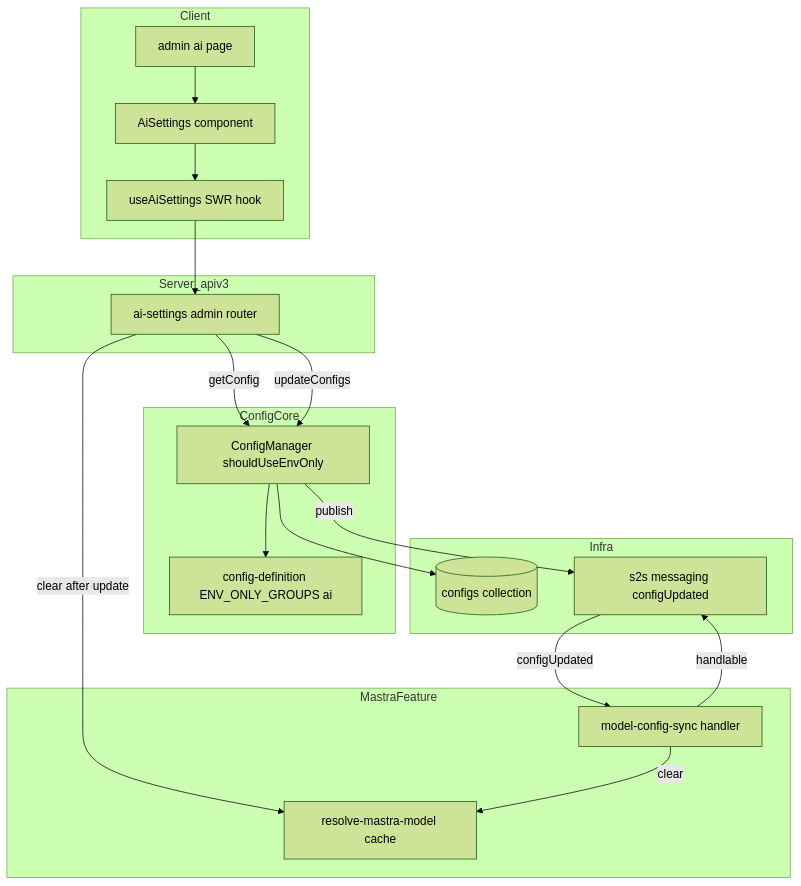
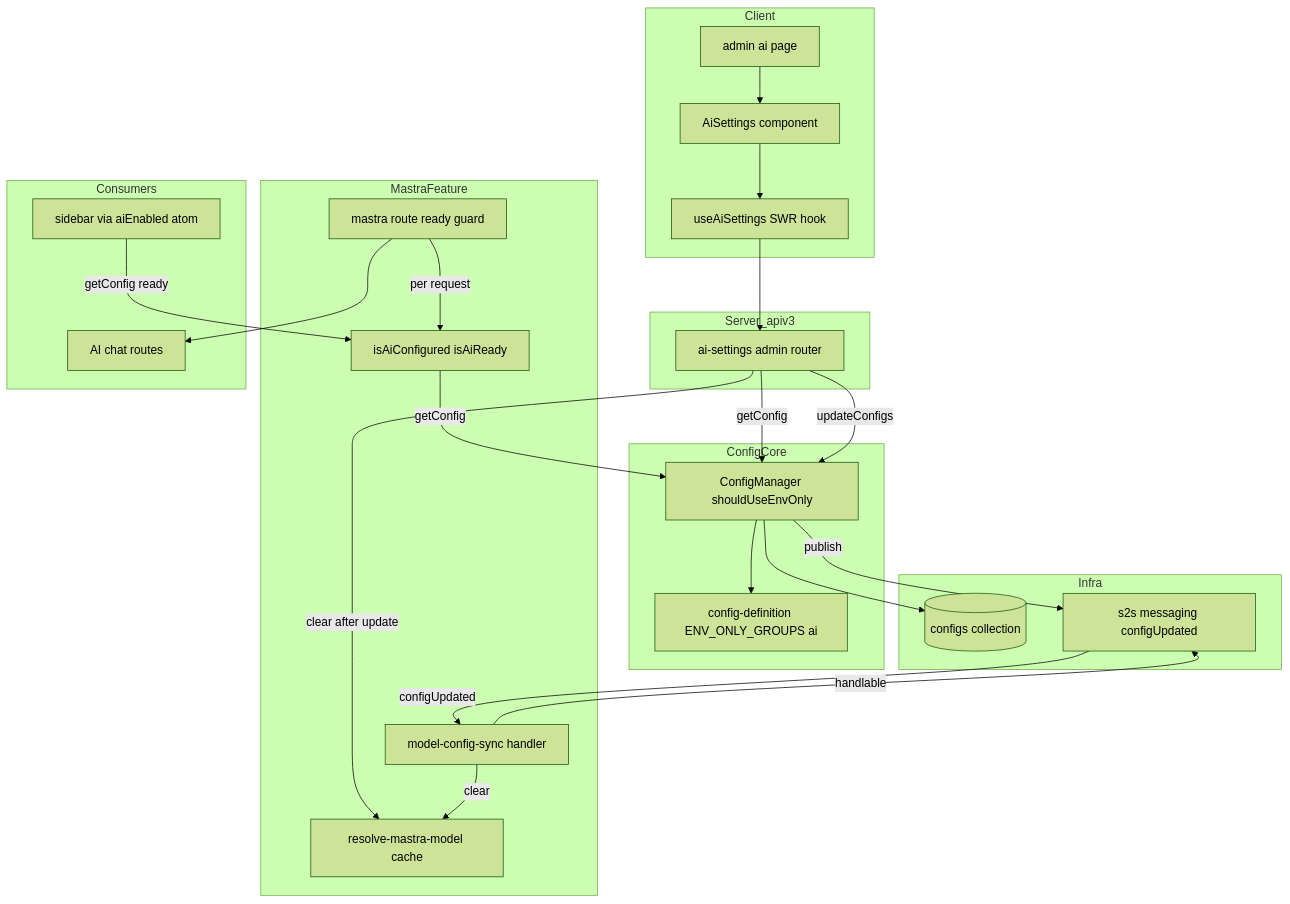
Before and after one commit to growilabs/growi: the first of 3 diagrams in .kiro/specs/admin-ai-settings/design.md, drawn with Mermaid (forest theme). The commit also changed other lines of this file and 3 other files, not shown here.

````diff
--- a/.kiro/specs/admin-ai-settings/design.md
+++ b/.kiro/specs/admin-ai-settings/design.md
@@ -65,34 +72,44 @@
 ```mermaid
 graph TB
     subgraph Client
         Page[admin ai page]
         UI[AiSettings component]
         Hook[useAiSettings SWR hook]
     end
     subgraph Server_apiv3
         Route[ai-settings admin router]
     end
     subgraph ConfigCore
         CM[ConfigManager shouldUseEnvOnly]
         Def[config-definition ENV_ONLY_GROUPS ai]
     end
     subgraph MastraFeature
         Resolver[resolve-mastra-model cache]
         Sync[model-config-sync handler]
+        Configured[isAiConfigured isAiReady]
+        Gate[mastra route ready guard]
+    end
+    subgraph Consumers
+        Chat[AI chat routes]
+        Sidebar[sidebar via aiEnabled atom]
     end
     subgraph Infra
         DB[(configs collection)]
         S2S[s2s messaging configUpdated]
     end
 
     Page --> UI --> Hook --> Route
     Route -->|getConfig| CM
     Route -->|updateConfigs| CM
     Route -->|clear after update| Resolver
     CM --> Def
     CM --> DB
     CM -->|publish| S2S
     S2S -->|configUpdated| Sync
     Sync -->|clear| Resolver
     Sync -->|handlable| S2S
+    Gate -->|per request| Configured
+    Configured -->|getConfig| CM
+    Gate --> Chat
+    Sidebar -->|getConfig ready| Configured
 ```
````
